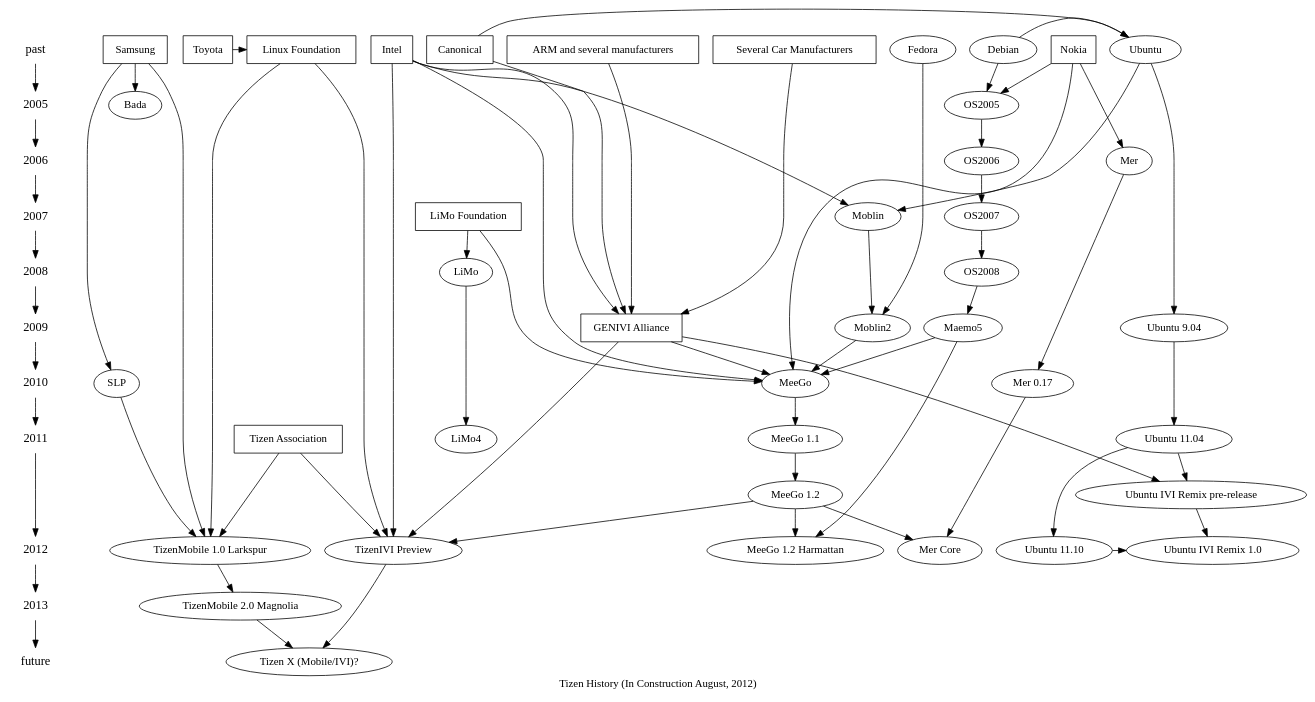
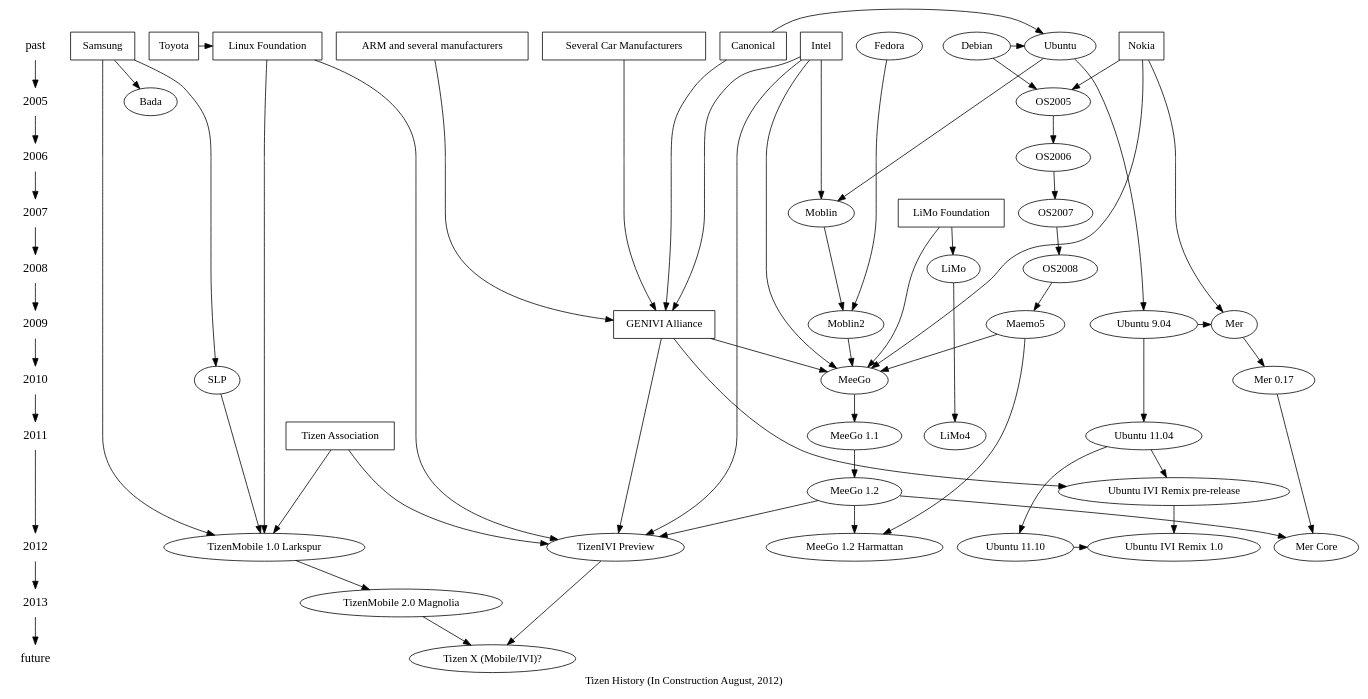
Before and after one commit to kumadasu/tizen-history: the diagram in tizen-history.dot, drawn with Graphviz. The commit also changed 1 other file, not shown here.

Commit message:
Connect Mer from Ubuntu 9.04

```diff
--- a/tizen-history.dot
+++ b/tizen-history.dot
@@ -1,89 +1,89 @@
 digraph tizenhistory {
 graph [label="Tizen History (In Construction August, 2012)"]
 /*timeline*/
 {
 	node [shape=plaintext, fontsize=16];
 	"past" -> /*1990 ->
 	1991 -> 1992 -> 1993 -> 1994 -> 1995 ->
 	1996 -> 1997 -> 1998 -> 1999 -> 2000 ->
 	2001 -> 2002 -> 2003 -> 2004 ->*/ 2005 ->
 	2006 -> 2007 -> 2008 -> 2009 -> 2010 ->
 	2011 -> 2012 -> 2013 -> "future";
 }
 
 /* Organizations */
 {
 	node [shape=box];
 	{ rank = same; "past"; "Nokia"}
 	{ rank = same; "past"; "Intel"}
 	{ rank = same; "past"; "Samsung"}
 	{ rank = same; "past"; "ARM and several manufacturers"}
 	{ rank = same; "past"; "Several Car Manufacturers"}
 	{ rank = same; "past"; "Canonical"}
 	{ rank = same; "past"; "Linux Foundation"}
 	{ rank = same; "past"; "Toyota"}
 	{ rank = same; "2007"; "LiMo Foundation"}
 	{ rank = same; "2009"; "GENIVI Alliance"}
 	{ rank = same; "2011"; "Tizen Association"} //?
 "Toyota" -> "Linux Foundation";
 "Intel" -> "GENIVI Alliance";
 "Several Car Manufacturers" -> "GENIVI Alliance";
 "ARM and several manufacturers" -> "GENIVI Alliance";
 "Canonical" -> "GENIVI Alliance";
 }
 
 /* Technologies */
 {
 	node [shape=plaintext];
 //	"HTML5";
 }
 
 /* OS */
 { rank = same; "past"; "Ubuntu"; "Fedora"; "Debian"}
 { rank = same; 2005; "OS2005"}
 { rank = same; 2006; "OS2006"}
 { rank = same; 2007; "OS2007"; "Moblin"}
 { rank = same; 2008; "OS2008"; "LiMo"}
-{ rank = same; 2009; "Maemo5"; "Moblin2"; "Ubuntu 9.04"}
+{ rank = same; 2009; "Maemo5"; "Moblin2"; "Ubuntu 9.04"; "Mer"}
 { rank = same; 2010; "MeeGo"; "Mer 0.17"; "SLP"}
 { rank = same; 2011; "Ubuntu 11.04"; "LiMo4"}
 { rank = same; "Ubuntu 11.10"; "Ubuntu IVI Remix 1.0"}
 { rank = same; 2012; "TizenMobile 1.0 Larkspur"; "TizenIVI Preview"};
 { rank = same; "TizenMobile 1.0 Larkspur" }
 { rank = same; 2013; "TizenMobile 2.0 Magnolia" }
 	"Debian" -> "Ubuntu";
 	"Debian" -> "OS2005" -> "OS2006" -> "OS2007" -> "OS2008" -> "Maemo5" -> "MeeGo";
 	"Ubuntu" -> "Moblin" -> "Moblin2";
 	"Fedora" -> "Moblin2" -> "MeeGo";
-	"Mer" -> "Mer 0.17" -> "Mer Core";
+	"Ubuntu 9.04" -> "Mer" -> "Mer 0.17" -> "Mer Core";
 	"LiMo" -> "LiMo4";
 	"MeeGo" -> "MeeGo 1.1" -> "MeeGo 1.2" -> "TizenIVI Preview";
 	"Maemo5" -> "MeeGo 1.2 Harmattan";
 	"MeeGo 1.2" -> "Mer Core";
 	"MeeGo 1.2" -> "MeeGo 1.2 Harmattan";
 	"SLP" -> "TizenMobile 1.0 Larkspur";
 	"TizenMobile 1.0 Larkspur" -> "TizenMobile 2.0 Magnolia" -> "Tizen X (Mobile/IVI)?";
 	"TizenIVI Preview" -> "Tizen X (Mobile/IVI)?";
 	"Ubuntu" -> "Ubuntu 9.04" -> "Ubuntu 11.04" -> "Ubuntu 11.10" -> "Ubuntu IVI Remix 1.0";
 	"Ubuntu 11.04" -> "Ubuntu IVI Remix pre-release" -> "Ubuntu IVI Remix 1.0";
 
 "Canonical" -> "Ubuntu";
 "Nokia" -> "OS2005";
 "Intel" -> "Moblin";
 "Intel" -> "MeeGo";
 "Nokia" -> "Mer";
 "Nokia" -> "MeeGo";
 "Samsung" -> "Bada";
 "Samsung" -> "SLP";
 "Intel" -> "TizenIVI Preview";
 "Samsung" -> "TizenMobile 1.0 Larkspur";
 "GENIVI Alliance" -> "MeeGo";
 "GENIVI Alliance" -> "TizenIVI Preview";
 "GENIVI Alliance" -> "Ubuntu IVI Remix pre-release";
 "LiMo Foundation" -> "LiMo";
 "LiMo Foundation" -> "MeeGo";
 "Tizen Association" -> "TizenIVI Preview";
 "Tizen Association" -> "TizenMobile 1.0 Larkspur";
 "Linux Foundation" -> "TizenIVI Preview";
 "Linux Foundation" -> "TizenMobile 1.0 Larkspur";
 }
```
